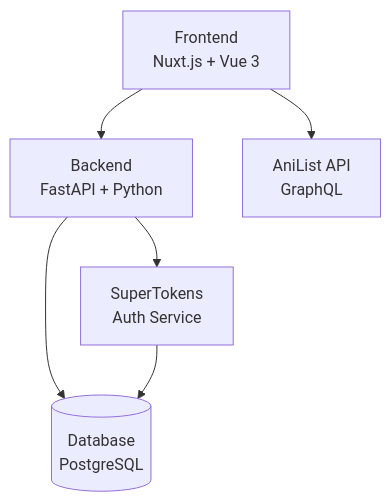
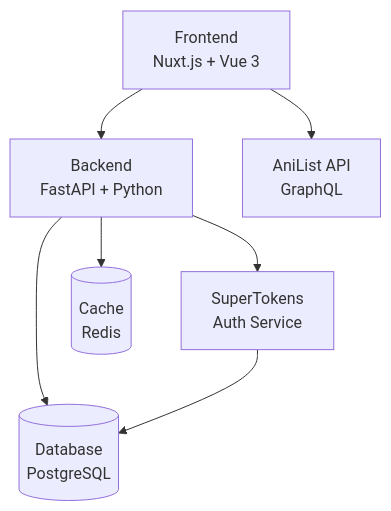
One commit to malek-abbassi/OtakuShelf changed the diagram in README.md. Above: the diagram before and after it, drawn with Mermaid. The commit also changed other lines of this file and 3 other files, not shown here.

````diff
--- a/README.md
+++ b/README.md
@@ -31,8 +33,9 @@
 ```mermaid
 graph TD
     A[Frontend<br/>Nuxt.js + Vue 3] --> B[Backend<br/>FastAPI + Python]
     B --> C[(Database<br/>PostgreSQL)]
     B --> D[SuperTokens<br/>Auth Service]
-    A --> E[AniList API<br/>GraphQL]
+    B --> E[(Cache<br/>Redis)]
+    A --> F[AniList API<br/>GraphQL]
     D --> C
 ```
````
